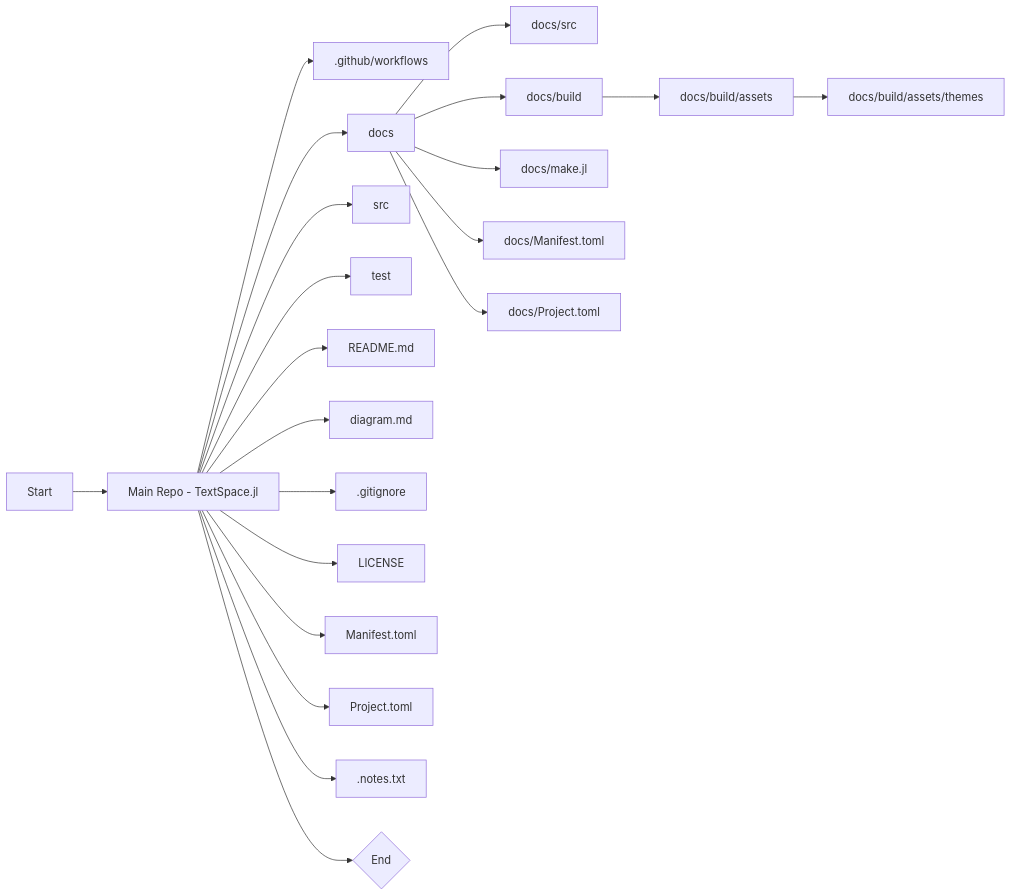
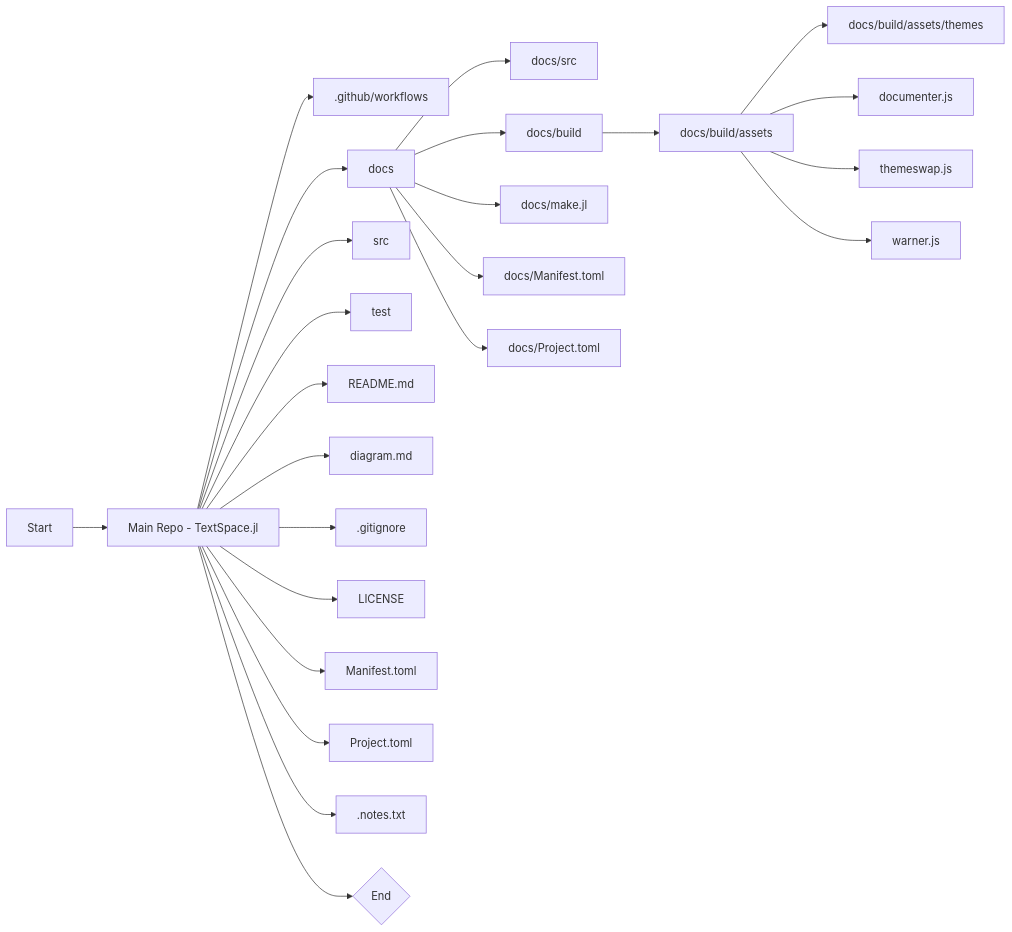
The diagram in diagram.md (SamiraJahangiri/TextSpace.jl), drawn with Mermaid before and after one commit.

````diff
--- a/diagram.md
+++ b/diagram.md
@@ -1,27 +1,30 @@
 ```mermaid
 flowchart LR
     A[Start] --> B[Main Repo - TextSpace.jl]
 
     B --> C[.github/workflows]
     B --> D[docs]
     B --> E[src]
     B --> F[test]
     B --> G[README.md]
     B --> H[diagram.md]
 
     D --> D1[docs/src]
     D --> D2[docs/build]
     D2 --> D2a[docs/build/assets]
     D2a --> D2a1[docs/build/assets/themes]
+    D2a --> D2a2[documenter.js]
+    D2a --> D2a3[themeswap.js]
+    D2a --> D2a4[warner.js]
     D --> D3[docs/make.jl]
     D --> D4[docs/Manifest.toml]
     D --> D5[docs/Project.toml]
 
     B --> I[.gitignore]
     B --> J[LICENSE]
     B --> K[Manifest.toml]
     B --> L[Project.toml]
     B --> M[.notes.txt]
 
     B --> N{End}
 ```
````
